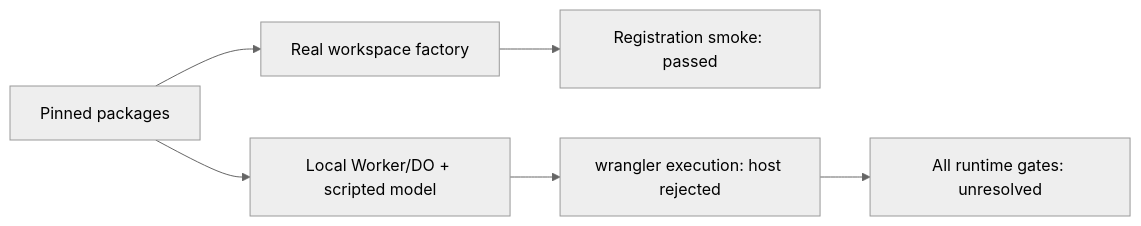
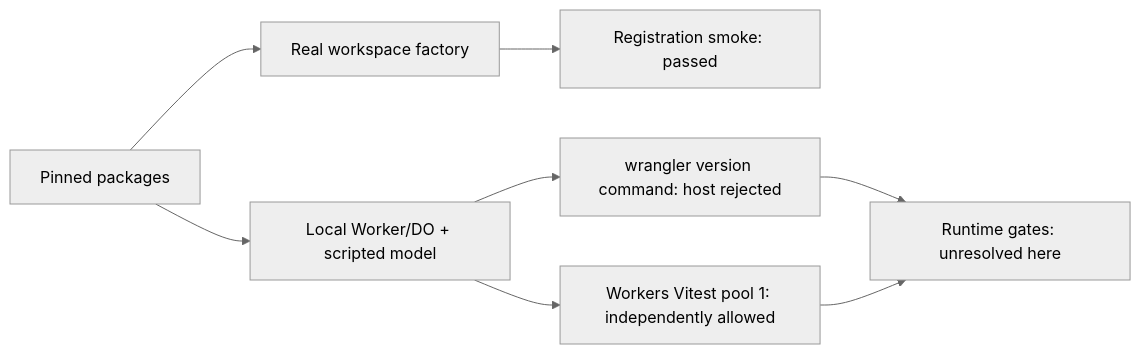
The diagram in docs/design/runtime-compatibility.md (takapom/ima-app), drawn with Mermaid (neutral theme) before and after one commit. The commit also changed other lines of this file and 1 other file, not shown here.

Commit message:
docs(runtime): 実行拒否と未検証ゲートの範囲を明確化 (#5)

````diff
--- a/docs/design/runtime-compatibility.md
+++ b/docs/design/runtime-compatibility.md
@@ -24,8 +24,10 @@
 ```mermaid
 flowchart LR
   P[Pinned packages] --> F[Real workspace factory]
   F --> S[Registration smoke: passed]
   P --> W[Local Worker/DO + scripted model]
-  W --> X[wrangler execution: host rejected]
-  X --> U[All runtime gates: unresolved]
+  W --> X[wrangler version command: host rejected]
+  W --> V[Workers Vitest pool 1: independently allowed]
+  X --> U[Runtime gates: unresolved here]
+  V --> U
 ```
````
